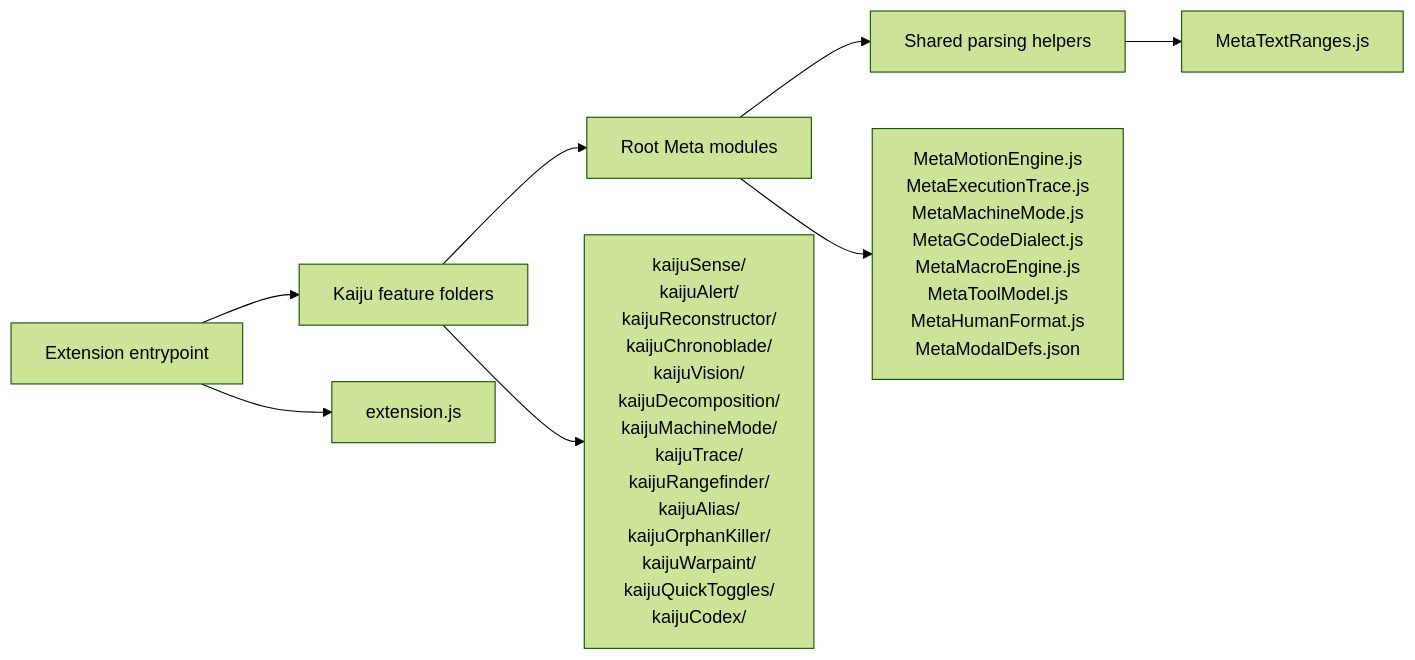
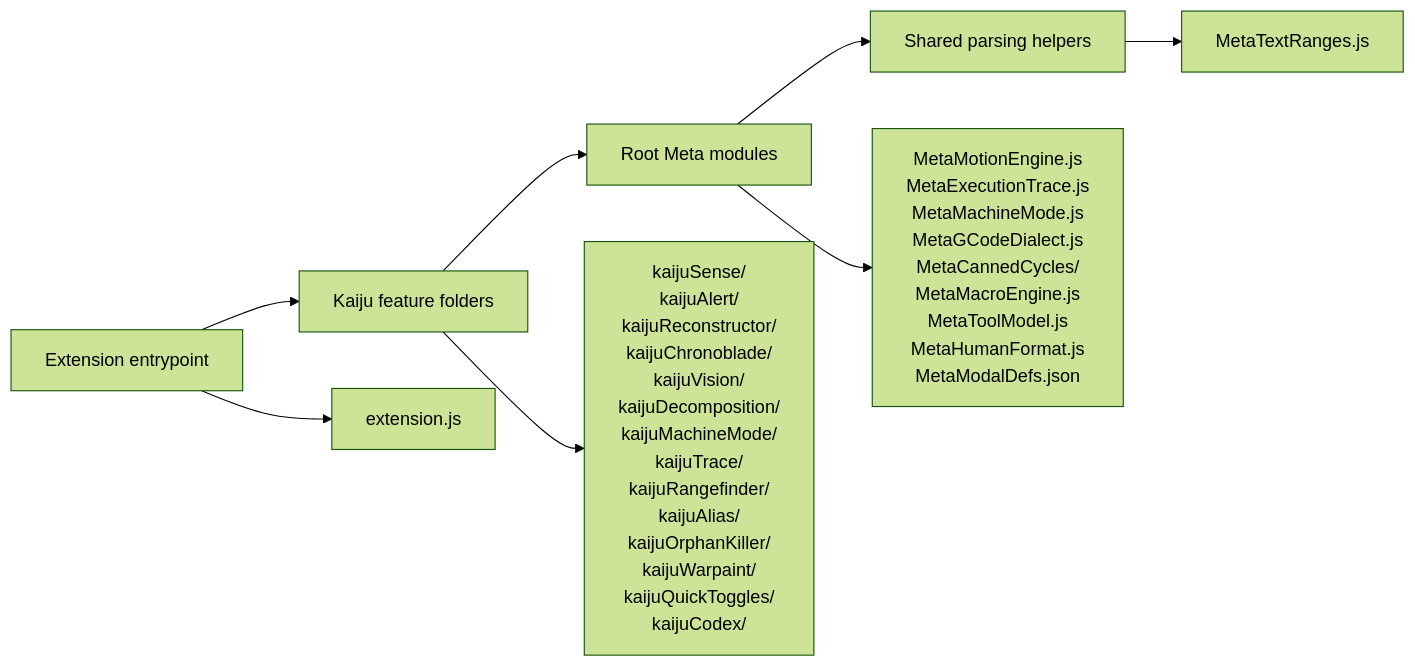
The second of 2 diagrams in MODULE_DEPENDENCIES.md (The-paulster/kaiju.nc), drawn with Mermaid (forest theme) before and after one commit. The commit also changed other lines of this file and 109 other files, not shown here.

````diff
--- a/MODULE_DEPENDENCIES.md
+++ b/MODULE_DEPENDENCIES.md
@@ -119,16 +169,16 @@
 ```mermaid
 flowchart LR
 	entry[Extension entrypoint] --> features[Kaiju feature folders]
 	features --> meta[Root Meta modules]
 	meta --> utility[Shared parsing helpers]
 
 	entryModules["extension.js"]
 	featureModules["kaijuSense/<br/>kaijuAlert/<br/>kaijuReconstructor/<br/>kaijuChronoblade/<br/>kaijuVision/<br/>kaijuDecomposition/<br/>kaijuMachineMode/<br/>kaijuTrace/<br/>kaijuRangefinder/<br/>kaijuAlias/<br/>kaijuOrphanKiller/<br/>kaijuWarpaint/<br/>kaijuQuickToggles/<br/>kaijuCodex/"]
-	metaModules["MetaMotionEngine.js<br/>MetaExecutionTrace.js<br/>MetaMachineMode.js<br/>MetaGCodeDialect.js<br/>MetaMacroEngine.js<br/>MetaToolModel.js<br/>MetaHumanFormat.js<br/>MetaModalDefs.json"]
+	metaModules["MetaMotionEngine.js<br/>MetaExecutionTrace.js<br/>MetaMachineMode.js<br/>MetaGCodeDialect.js<br/>MetaCannedCycles/<br/>MetaMacroEngine.js<br/>MetaToolModel.js<br/>MetaHumanFormat.js<br/>MetaModalDefs.json"]
 	utilityModules["MetaTextRanges.js"]
 
 	entry --> entryModules
 	features --> featureModules
 	meta --> metaModules
 	utility --> utilityModules
 ```
````
